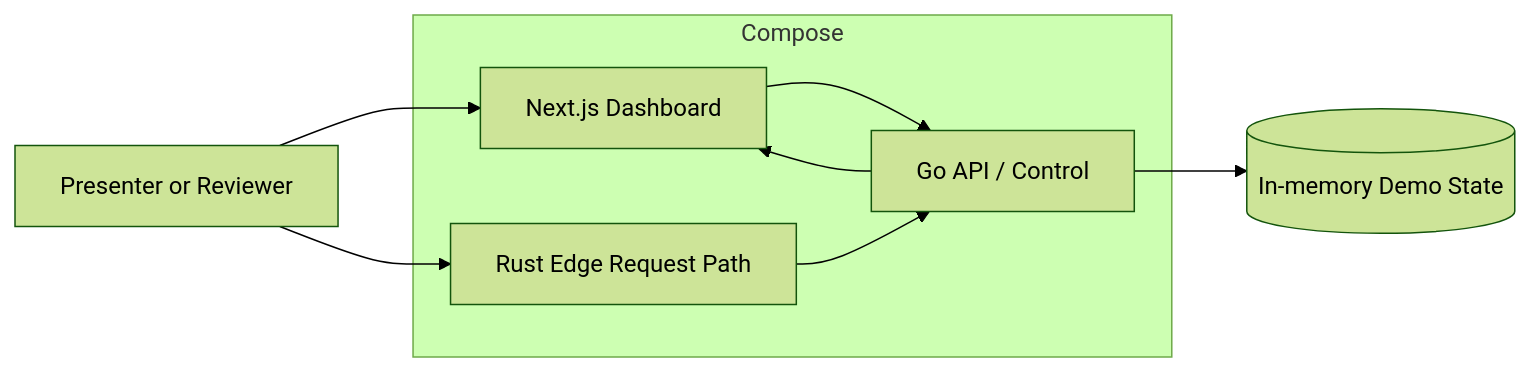
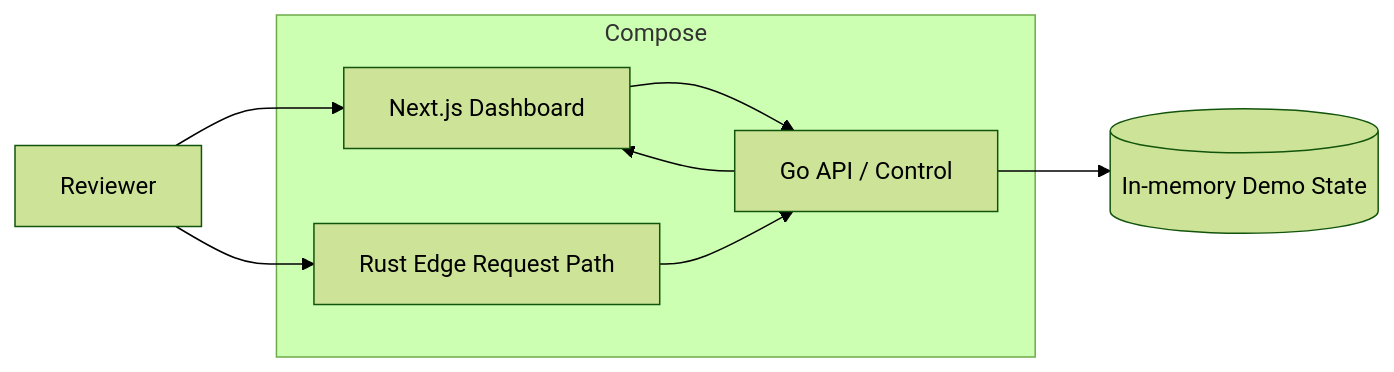
The diagram in docs/plans/2026-03-31-003-feat-compose-onboarding-waf-plan.md (peterlimg/cdn), drawn with Mermaid (forest theme) before and after one commit. The commit also changed other lines of this file and 13 other files, not shown here.

````diff
--- a/docs/plans/2026-03-31-003-feat-compose-onboarding-waf-plan.md
+++ b/docs/plans/2026-03-31-003-feat-compose-onboarding-waf-plan.md
@@ -119,14 +119,14 @@
 ```mermaid
 flowchart LR
-  USER[Presenter or Reviewer] --> UI[Next.js Dashboard]
+  USER[Reviewer] --> UI[Next.js Dashboard]
   UI --> GO[Go API / Control]
   USER --> EDGE[Rust Edge Request Path]
   GO --> STATE[(In-memory Demo State)]
   EDGE --> GO
   GO --> UI
   subgraph Compose
     UI
     GO
     EDGE
   end
 ```
````
